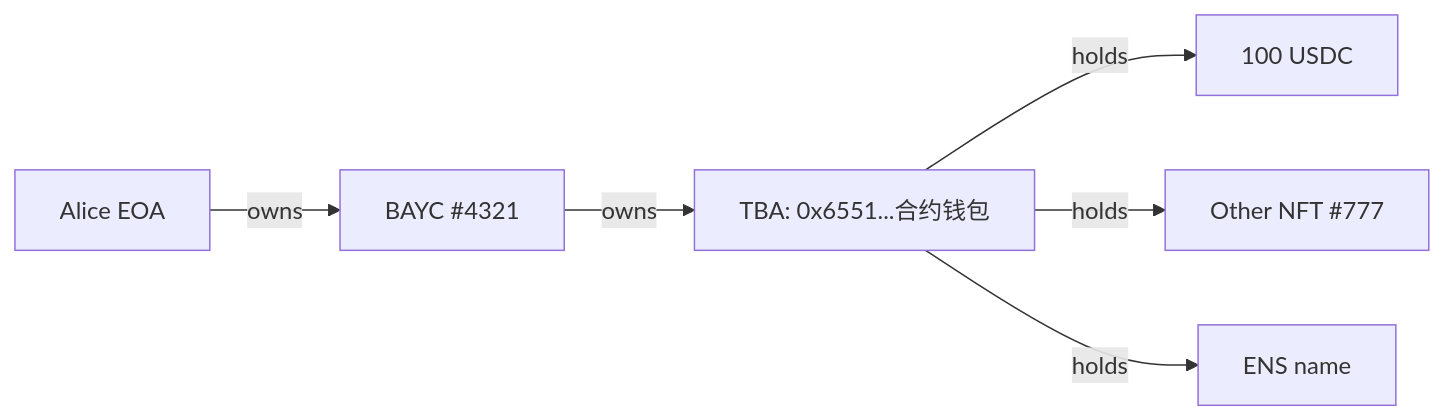
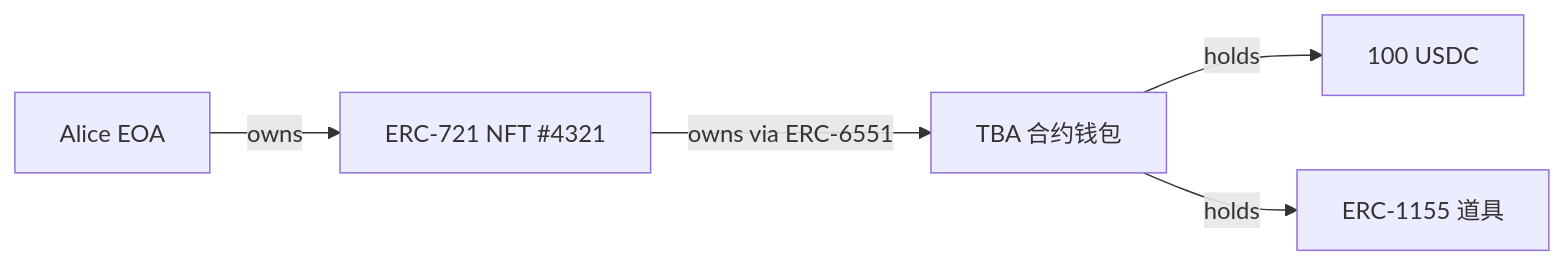
The second of 5 diagrams in web3-engineer-guide/13-NFT身份与社交/README.md (ChuwuYo/misc-files), drawn with Mermaid before and after one commit. The commit also changed other lines of this file and 211 other files, not shown here.

````diff
--- a/web3-engineer-guide/13-NFT身份与社交/README.md
+++ b/web3-engineer-guide/13-NFT身份与社交/README.md
@@ -674,8 +46,7 @@
 ```mermaid
 flowchart LR
-    A[Alice EOA] -->|owns| B[BAYC #4321]
-    B -->|owns| C[TBA: 0x6551...合约钱包]
+    A[Alice EOA] -->|owns| B[ERC-721 NFT #4321]
+    B -->|owns via ERC-6551| C[TBA 合约钱包]
     C -->|holds| D[100 USDC]
-    C -->|holds| E[Other NFT #777]
-    C -->|holds| F[ENS name]
+    C -->|holds| E[ERC-1155 道具]
 ```
````
